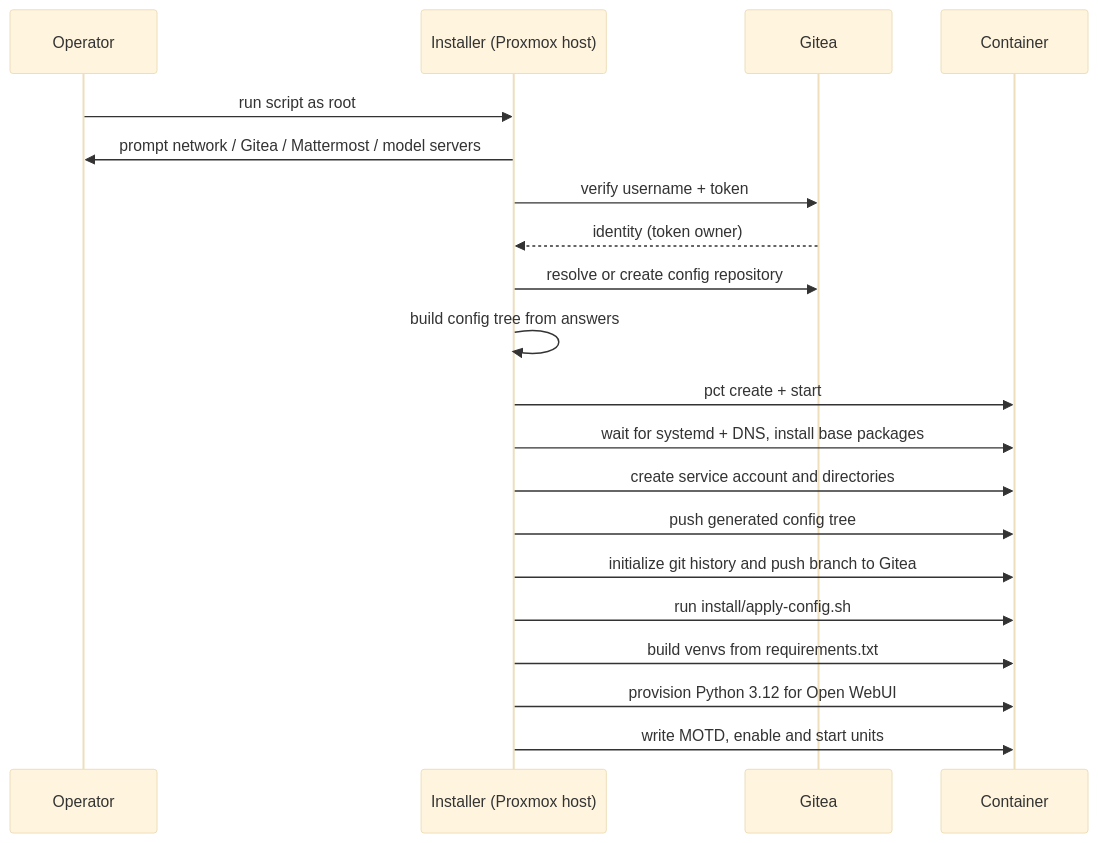
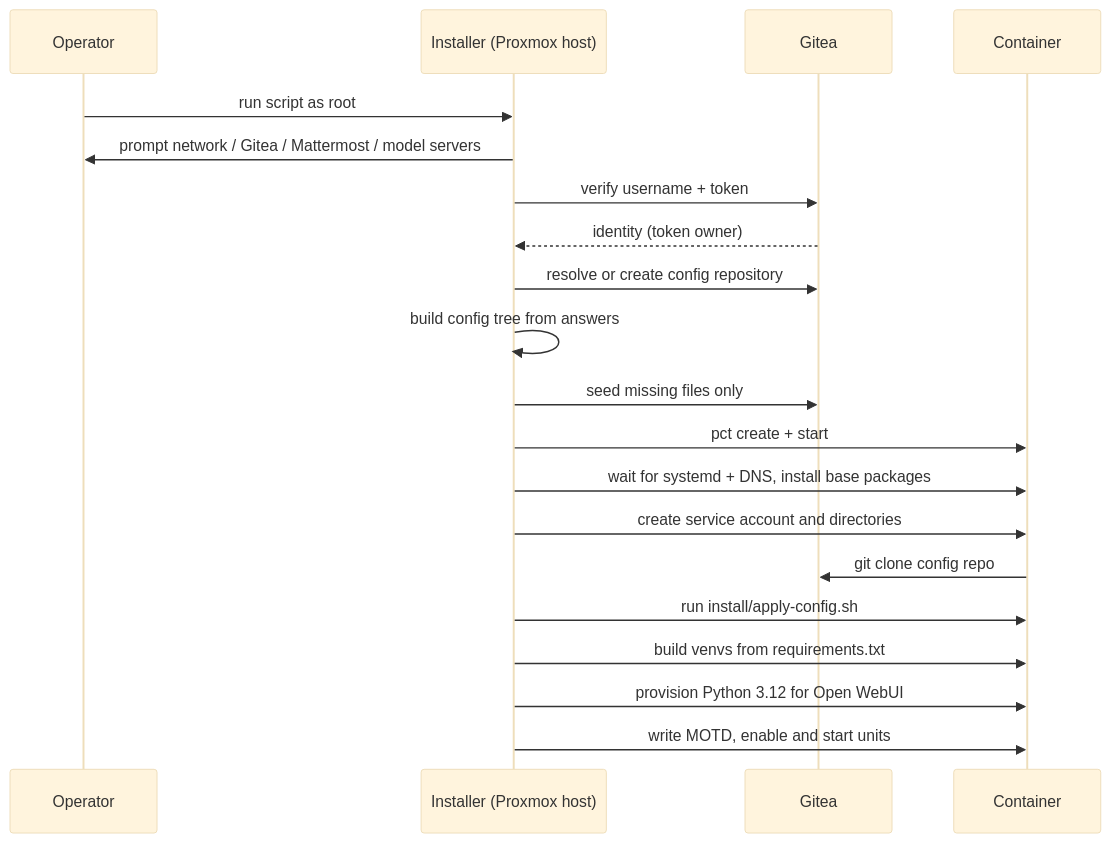
The fifth of 5 diagrams in ARCHITECTURE.md (wwarren/osr), drawn with Mermaid (base theme) before and after one commit. The commit also changed other lines of this file and 21 other files, not shown here.

````diff
--- a/ARCHITECTURE.md
+++ b/ARCHITECTURE.md
@@ -702,23 +420,23 @@
 ```mermaid
 sequenceDiagram
     participant Op as Operator
     participant I as Installer (Proxmox host)
     participant G as Gitea
     participant CT as Container
 
     Op->>I: run script as root
     I->>Op: prompt network / Gitea / Mattermost / model servers
     I->>G: verify username + token
     G-->>I: identity (token owner)
     I->>G: resolve or create config repository
     I->>I: build config tree from answers
+    I->>G: seed missing files only
     I->>CT: pct create + start
     I->>CT: wait for systemd + DNS, install base packages
     I->>CT: create service account and directories
-    I->>CT: push generated config tree
-    I->>CT: initialize git history and push branch to Gitea
+    CT->>G: git clone config repo
     I->>CT: run install/apply-config.sh
     I->>CT: build venvs from requirements.txt
     I->>CT: provision Python 3.12 for Open WebUI
     I->>CT: write MOTD, enable and start units
 ```
````
